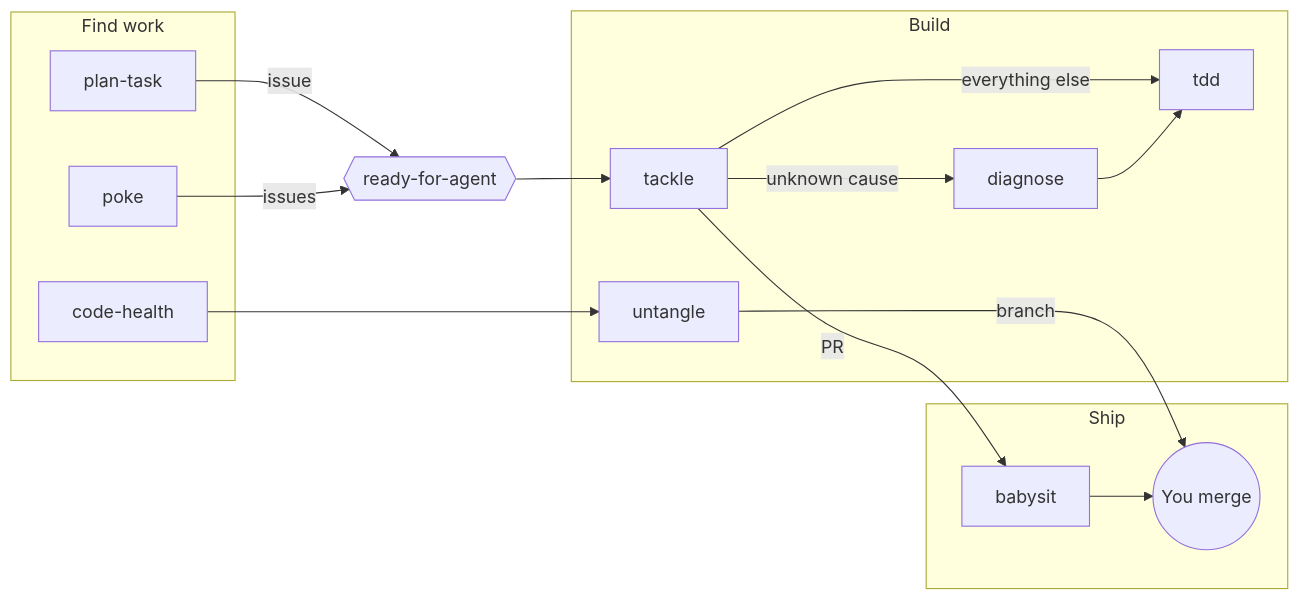
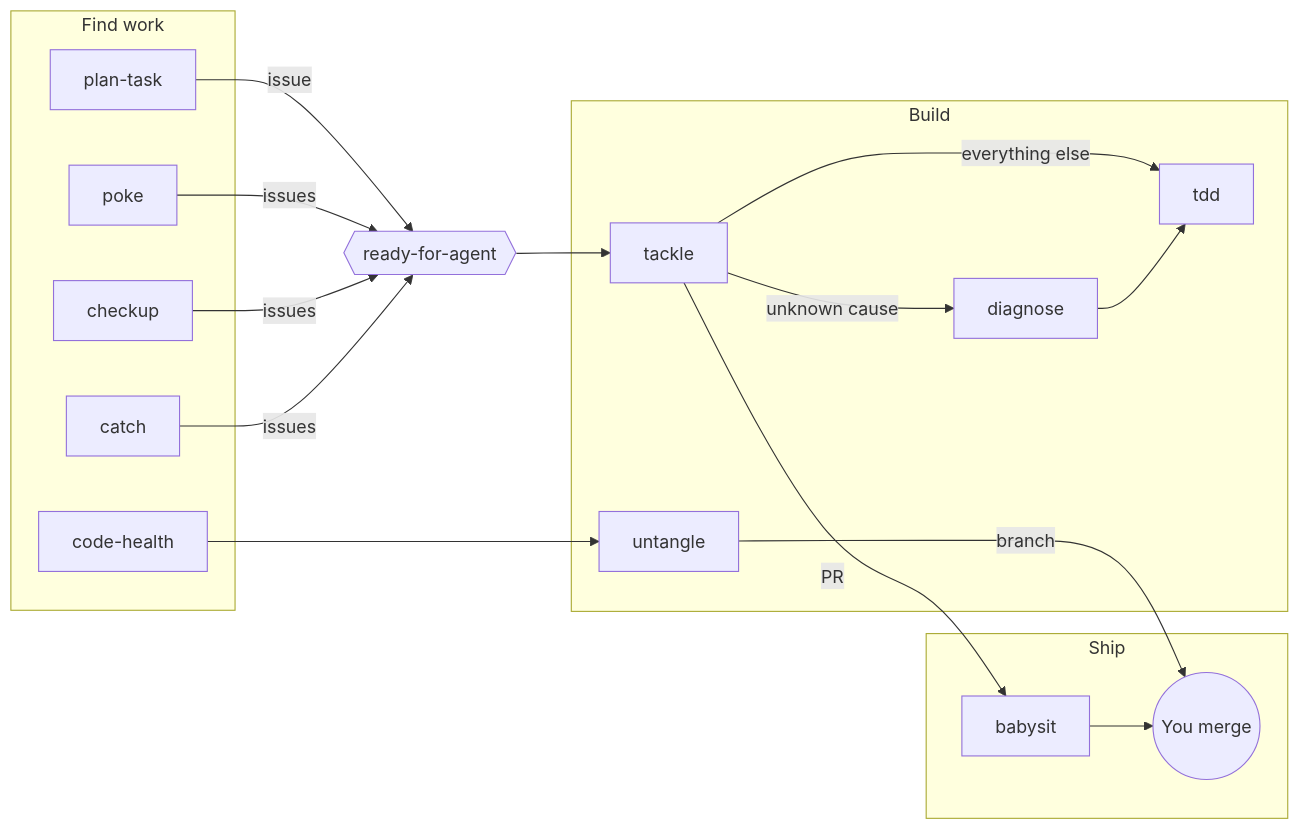
Before and after one commit to lonnieezell/pixie: the diagram in docs/explanation/how-pixie-works.md, drawn with Mermaid. The commit also changed other lines of this file and 33 other files, not shown here.

First line of the commit message:
feat: add checkup and catch skills

````diff
--- a/docs/explanation/how-pixie-works.md
+++ b/docs/explanation/how-pixie-works.md
@@ -9,28 +9,32 @@
 ```mermaid
 flowchart LR
     subgraph Find["Find work"]
         PT[plan-task]
         PK[poke]
+        CK[checkup]
+        CT[catch]
         CH[code-health]
     end
     subgraph Build["Build"]
         TK[tackle]
         DG[diagnose]
         TD[tdd]
         UT[untangle]
     end
     subgraph Ship["Ship"]
         BS[babysit]
         H((You merge))
     end
     PT -- issue --> L{{ready-for-agent}}
     PK -- issues --> L
+    CK -- issues --> L
+    CT -- issues --> L
     L --> TK
     TK -- unknown cause --> DG
     TK -- everything else --> TD
     DG --> TD
     TK -- PR --> BS
     BS --> H
     CH --> UT
     UT -- branch --> H
 ```
````
